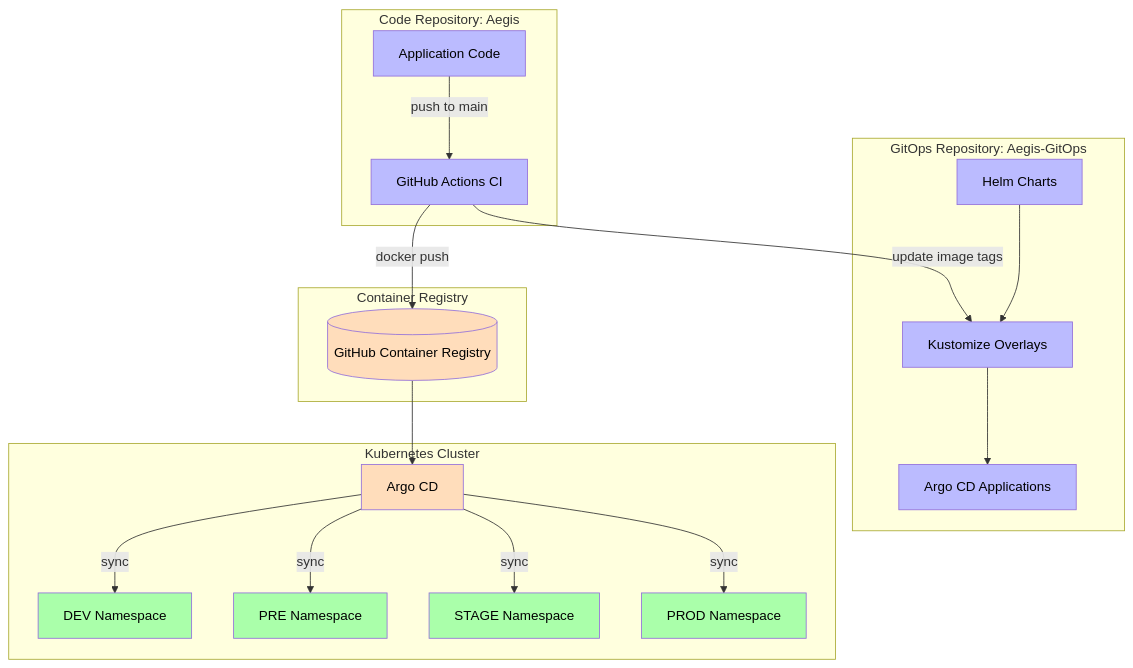
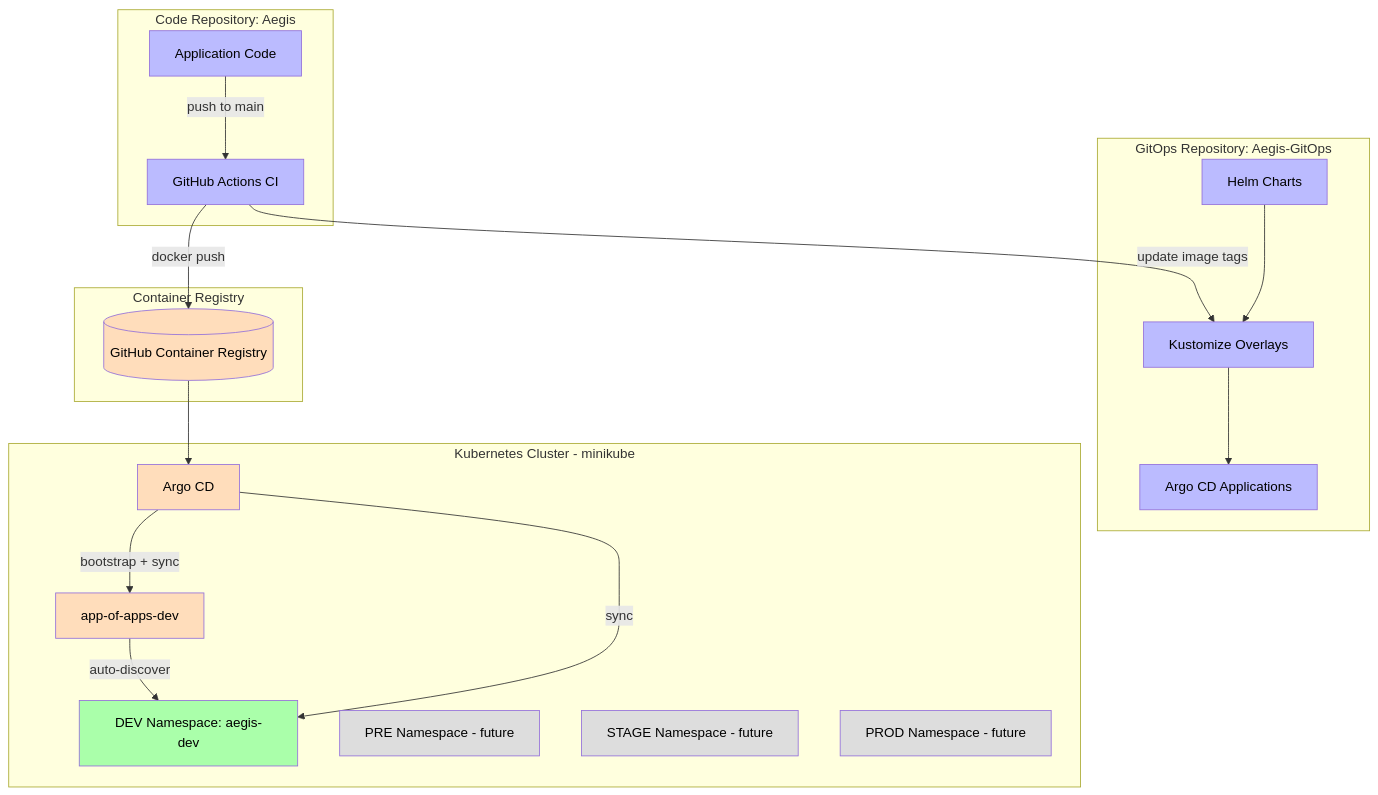
One commit to AlexAlvarezGallardo-GitHub/Aegis changed the first of 3 diagrams in docs/obsidian/05 - Infrastructure/GitOps.md. Above: the diagram before and after it, drawn with Mermaid. The commit also changed other lines of this file and 4 other files, not shown here.

Commit message:
docs(infra): sync obsidian vault with GitOps app-of-apps setup

````diff
--- a/docs/obsidian/05 - Infrastructure/GitOps.md
+++ b/docs/obsidian/05 - Infrastructure/GitOps.md
@@ -20,48 +20,49 @@
 ```mermaid
 graph TB
     subgraph AppRepo[Code Repository: Aegis]
         AppCode[Application Code]
         CI[GitHub Actions CI]
     end
 
     subgraph Registry[Container Registry]
         GHCR[(GitHub Container Registry)]
     end
 
     subgraph GitOpsRepo[GitOps Repository: Aegis-GitOps]
         Charts[Helm Charts]
         Overlays[Kustomize Overlays]
         ArgoApp[Argo CD Applications]
     end
 
-    subgraph Cluster[Kubernetes Cluster]
+    subgraph Cluster[Kubernetes Cluster - minikube]
         ArgoCD[Argo CD]
-        DEV[DEV Namespace]
-        PRE[PRE Namespace]
-        STAGE[STAGE Namespace]
-        PROD[PROD Namespace]
+        AppOfApps[app-of-apps-dev]
+        DEV[DEV Namespace: aegis-dev]
+        PRE[PRE Namespace - future]
+        STAGE[STAGE Namespace - future]
+        PROD[PROD Namespace - future]
     end
 
     AppCode -->|push to main| CI
     CI -->|docker push| GHCR
     CI -->|update image tags| Overlays
     GHCR --> ArgoCD
     Charts --> Overlays
     Overlays --> ArgoApp
+    ArgoCD -->|bootstrap + sync| AppOfApps
+    AppOfApps -->|auto-discover| DEV
     ArgoCD -->|sync| DEV
-    ArgoCD -->|sync| PRE
-    ArgoCD -->|sync| STAGE
-    ArgoCD -->|sync| PROD
 
     style AppCode fill:#bbf,color:#000
     style CI fill:#bbf,color:#000
     style GHCR fill:#fdb,color:#000
     style Charts fill:#bbf,color:#000
     style Overlays fill:#bbf,color:#000
     style ArgoApp fill:#bbf,color:#000
     style ArgoCD fill:#fdb,color:#000
+    style AppOfApps fill:#fdb,color:#000
     style DEV fill:#afa,color:#000
-    style PRE fill:#afa,color:#000
-    style STAGE fill:#afa,color:#000
-    style PROD fill:#afa,color:#000
+    style PRE fill:#ddd,color:#000
+    style STAGE fill:#ddd,color:#000
+    style PROD fill:#ddd,color:#000
 ```
````
